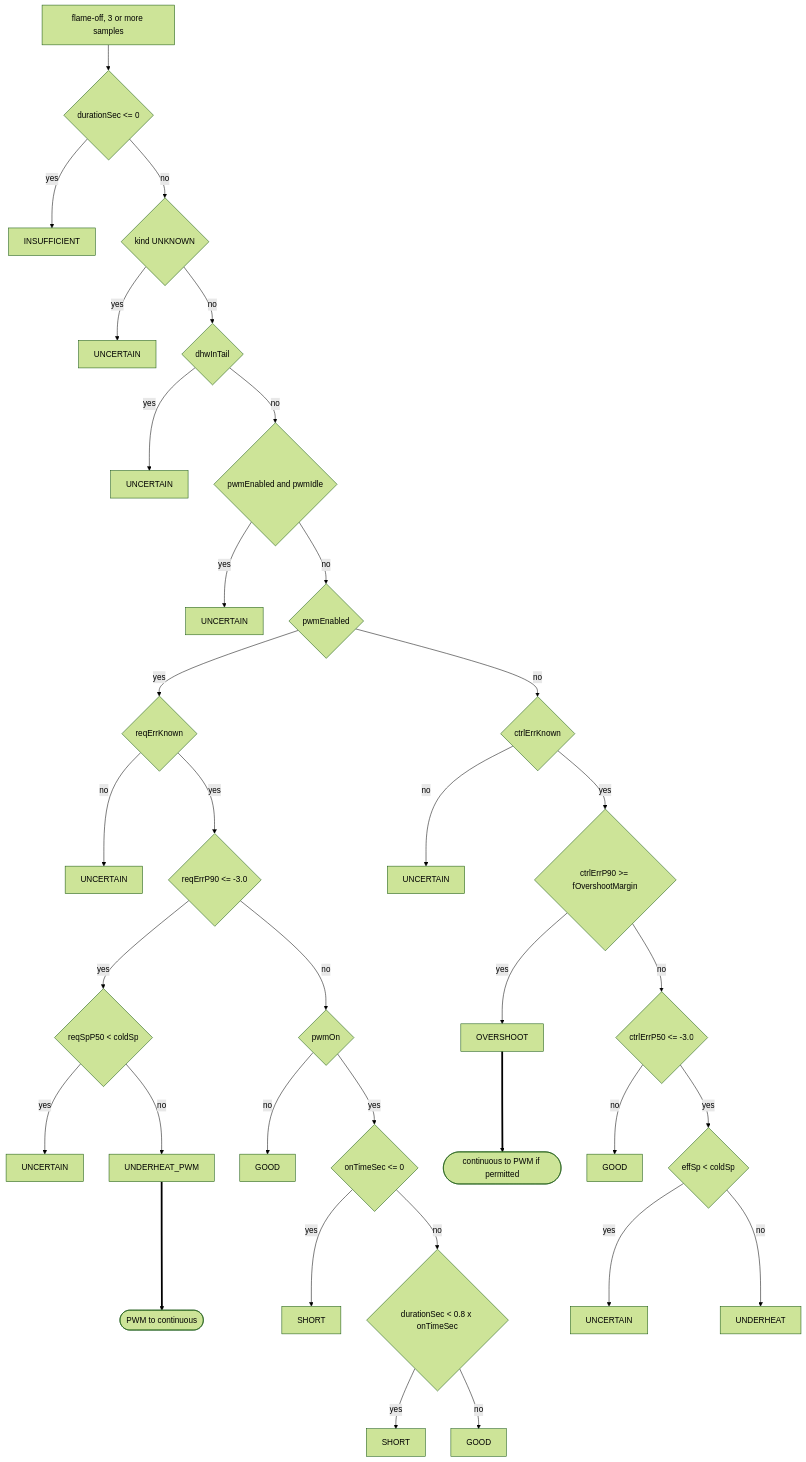
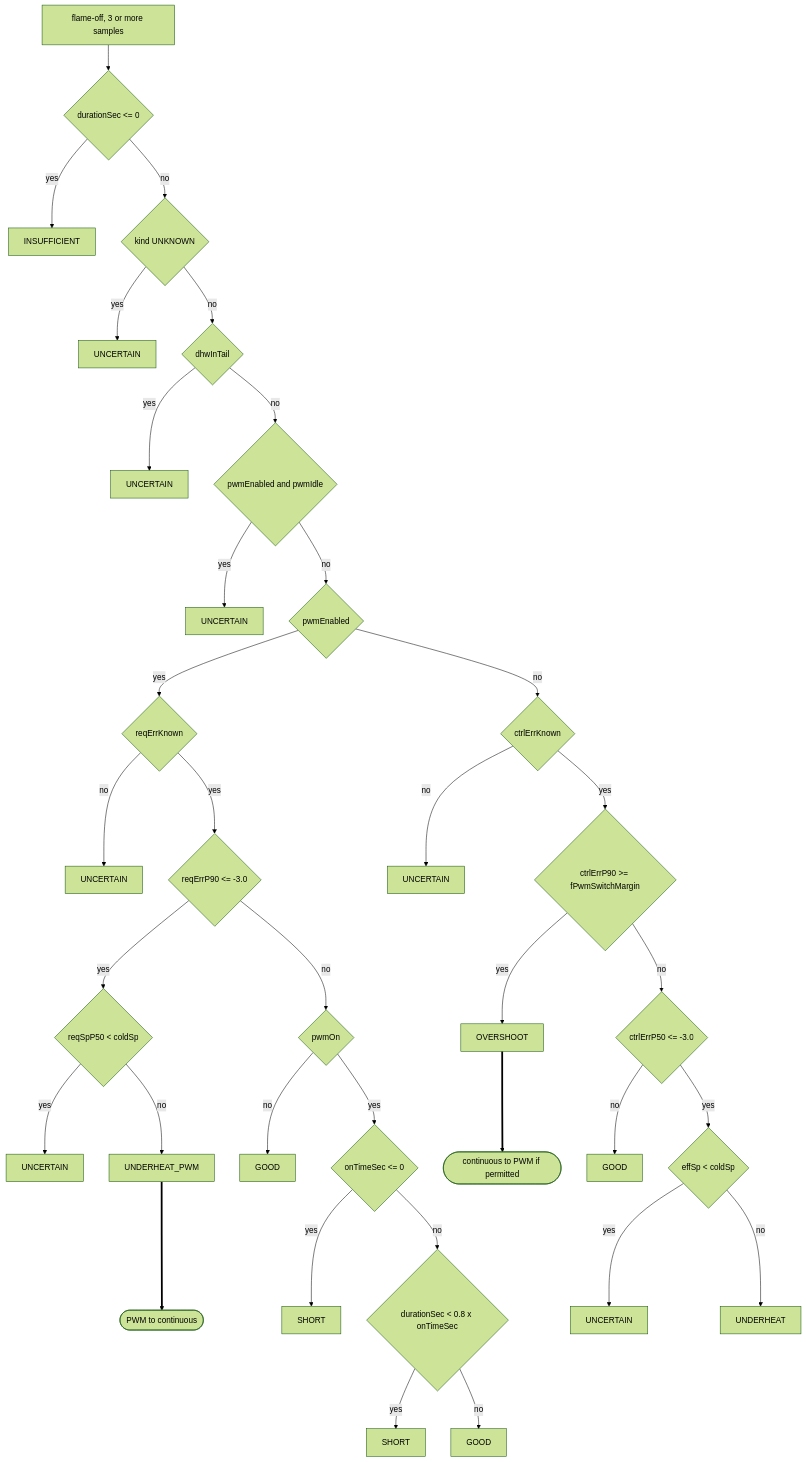
One commit to rvdbreemen/OTGW-firmware changed the eighth of 14 diagrams in docs/sat/sat-state-machine.md. Above: the diagram before and after it, drawn with Mermaid (forest theme). The commit also changed other lines of this file and 12 other files, not shown here.

First line of the commit message:
docs(sat): mode switching follows thermo-nova (ADR-305, ADR-306): start in continuous, no fail-safe, no start gate, one margin setting default 3.0, hot water does not pause the PWM clock, mode command ignored; overshoot_margin removed [no-task]

````diff
--- a/docs/sat/sat-state-machine.md
+++ b/docs/sat/sat-state-machine.md
@@ -433,36 +433,36 @@
 ```mermaid
 flowchart TD
     A["flame-off, 3 or more samples"] --> B{"durationSec <= 0"}
     B -- yes --> INS[INSUFFICIENT]
     B -- no --> C{"kind UNKNOWN"}
     C -- yes --> U1[UNCERTAIN]
     C -- no --> D{"dhwInTail"}
     D -- yes --> U2[UNCERTAIN]
     D -- no --> E{"pwmEnabled and pwmIdle"}
     E -- yes --> U3[UNCERTAIN]
     E -- no --> F{"pwmEnabled"}
     F -- yes --> P1{"reqErrKnown"}
     P1 -- no --> U4[UNCERTAIN]
     P1 -- yes --> P2{"reqErrP90 <= -3.0"}
     P2 -- yes --> P3{"reqSpP50 < coldSp"}
     P3 -- yes --> U5[UNCERTAIN]
     P3 -- no --> UHP[UNDERHEAT_PWM]
     P2 -- no --> P4{"pwmOn"}
     P4 -- no --> G1[GOOD]
     P4 -- yes --> P5{"onTimeSec <= 0"}
     P5 -- yes --> S1[SHORT]
     P5 -- no --> P6{"durationSec < 0.8 x onTimeSec"}
     P6 -- yes --> S2[SHORT]
     P6 -- no --> G2[GOOD]
     F -- no --> K1{"ctrlErrKnown"}
     K1 -- no --> U6[UNCERTAIN]
-    K1 -- yes --> K2{"ctrlErrP90 >= fOvershootMargin"}
+    K1 -- yes --> K2{"ctrlErrP90 >= fPwmSwitchMargin"}
     K2 -- yes --> OS[OVERSHOOT]
     K2 -- no --> K3{"ctrlErrP50 <= -3.0"}
     K3 -- no --> G3[GOOD]
     K3 -- yes --> K4{"effSp < coldSp"}
     K4 -- yes --> U7[UNCERTAIN]
     K4 -- no --> UH[UNDERHEAT]
     UHP ==> SW1(["PWM to continuous"])
     OS ==> SW2(["continuous to PWM if permitted"])
 ```
````
